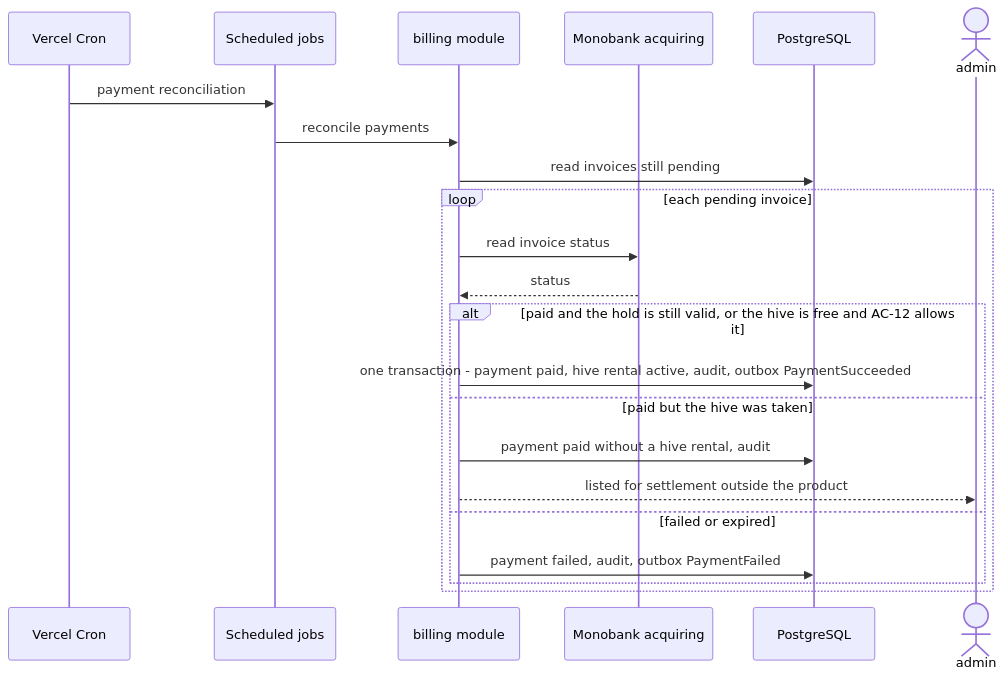
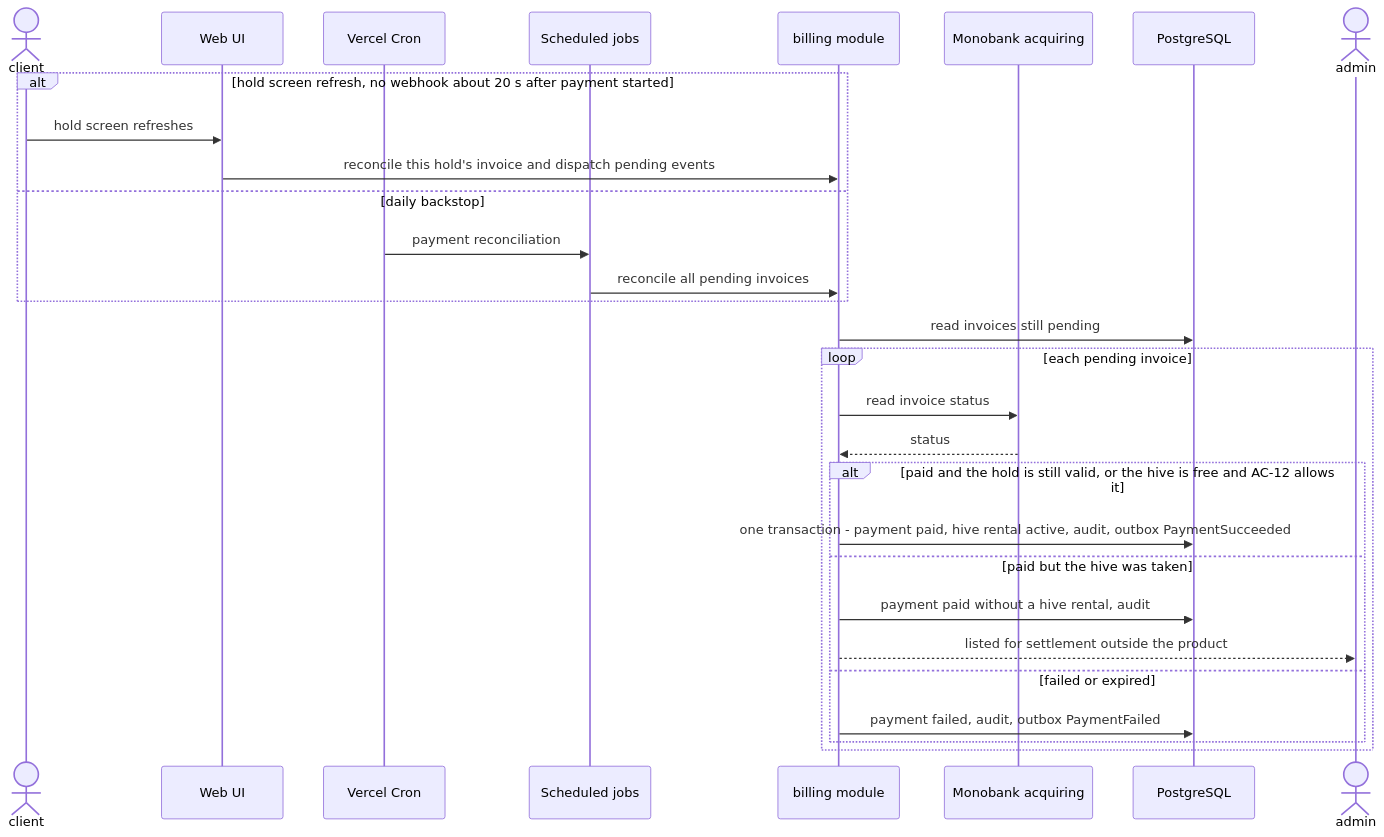
One commit to ivanlysakov/belikebee.app changed the fifth of 5 diagrams in docs/features/hive-rental/sad.md. Above: the diagram before and after it, drawn with Mermaid. The commit also changed other lines of this file and 2 other files, not shown here.

````diff
--- a/docs/features/hive-rental/sad.md
+++ b/docs/features/hive-rental/sad.md
@@ -298,25 +298,32 @@
 ```mermaid
 sequenceDiagram
+    actor client
+    participant web as Web UI
     participant scheduler as Vercel Cron
     participant jobs as Scheduled jobs
     participant billing as billing module
     participant monobank as Monobank acquiring
     participant db as PostgreSQL
     actor admin
 
-    scheduler->>jobs: payment reconciliation
-    jobs->>billing: reconcile payments
+    alt hold screen refresh, no webhook about 20 s after payment started
+        client->>web: hold screen refreshes
+        web->>billing: reconcile this hold's invoice and dispatch pending events
+    else daily backstop
+        scheduler->>jobs: payment reconciliation
+        jobs->>billing: reconcile all pending invoices
+    end
     billing->>db: read invoices still pending
     loop each pending invoice
         billing->>monobank: read invoice status
         monobank-->>billing: status
         alt paid and the hold is still valid, or the hive is free and AC-12 allows it
             billing->>db: one transaction - payment paid, hive rental active, audit, outbox PaymentSucceeded
         else paid but the hive was taken
             billing->>db: payment paid without a hive rental, audit
             billing-->>admin: listed for settlement outside the product
         else failed or expired
             billing->>db: payment failed, audit, outbox PaymentFailed
         end
     end
 ```
````
